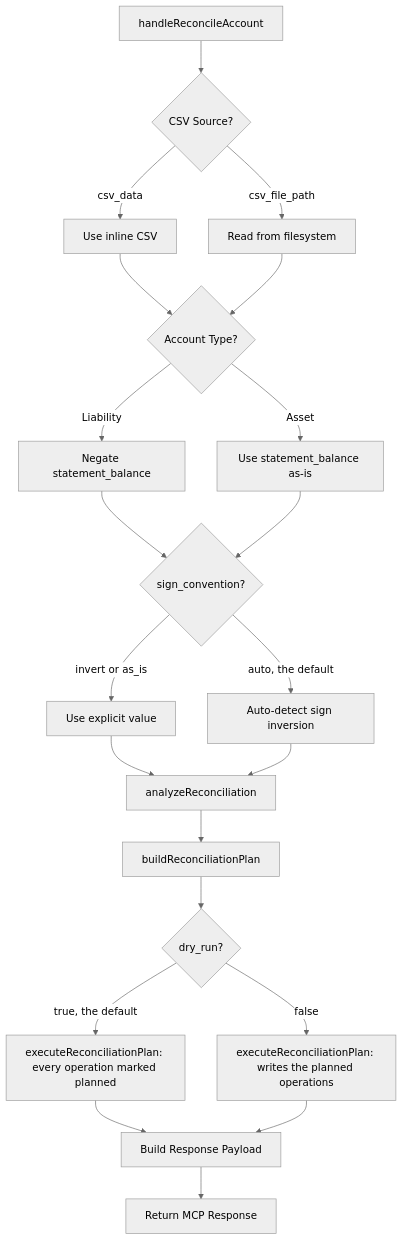
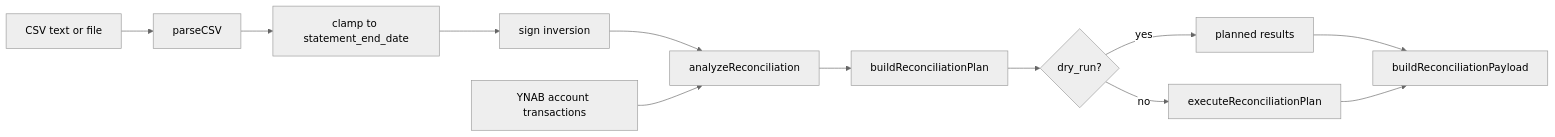
One commit to dizzlkheinz/ynab-mcpb changed the diagram in docs/technical/reconciliation-system-architecture.md. Above: the diagram before and after it, drawn with Mermaid (neutral theme). The commit also changed other lines of this file and 97 other files, not shown here.

````diff
--- a/docs/technical/reconciliation-system-architecture.md
+++ b/docs/technical/reconciliation-system-architecture.md
@@ -141,31 +9,14 @@
 ```mermaid
-graph TD
-    A[handleReconcileAccount] --> B{CSV Source?}
-    B -->|csv_data| C[Use inline CSV]
-    B -->|csv_file_path| D[Read from filesystem]
-
-    C --> E{Account Type?}
-    D --> E
-
-    E -->|Liability| F[Negate statement_balance]
-    E -->|Asset| G[Use statement_balance as-is]
-
-    F --> H{sign_convention?}
-    G --> H
-
-    H -->|invert or as_is| I[Use explicit value]
-    H -->|auto, the default| J[Auto-detect sign inversion]
-
-    I --> K[analyzeReconciliation]
-    J --> K
-
-    K --> L[buildReconciliationPlan]
-    L --> M{dry_run?}
-    M -->|true, the default| N[executeReconciliationPlan: every operation marked planned]
-    M -->|false| O[executeReconciliationPlan: writes the planned operations]
-
-    N --> P[Build Response Payload]
-    O --> P
-
-    P --> Q[Return MCP Response]
+flowchart LR
+  A[CSV text or file] --> B[parseCSV]
+  B --> C[clamp to statement_end_date]
+  C --> D[sign inversion]
+  D --> E[analyzeReconciliation]
+  F[YNAB account transactions] --> E
+  E --> G[buildReconciliationPlan]
+  G --> H{dry_run?}
+  H -- yes --> I[planned results]
+  H -- no --> J[executeReconciliationPlan]
+  I --> K[buildReconciliationPayload]
+  J --> K
 ```
````
